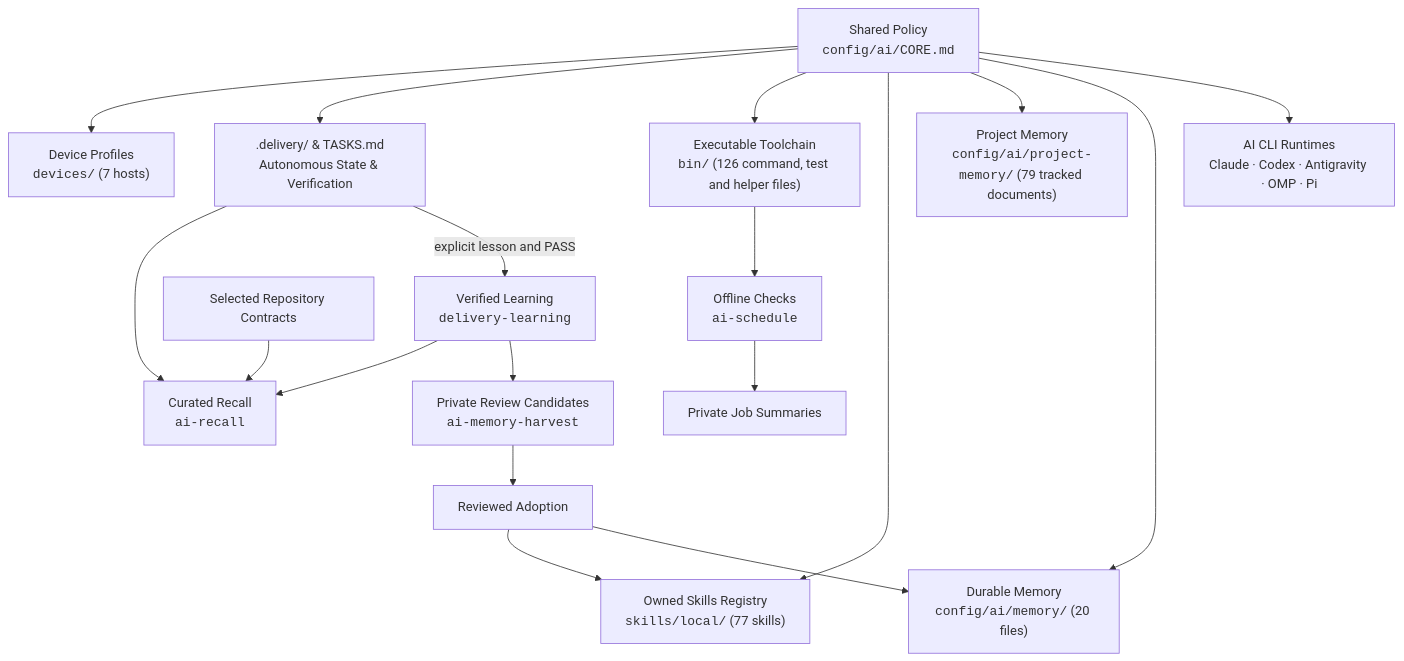
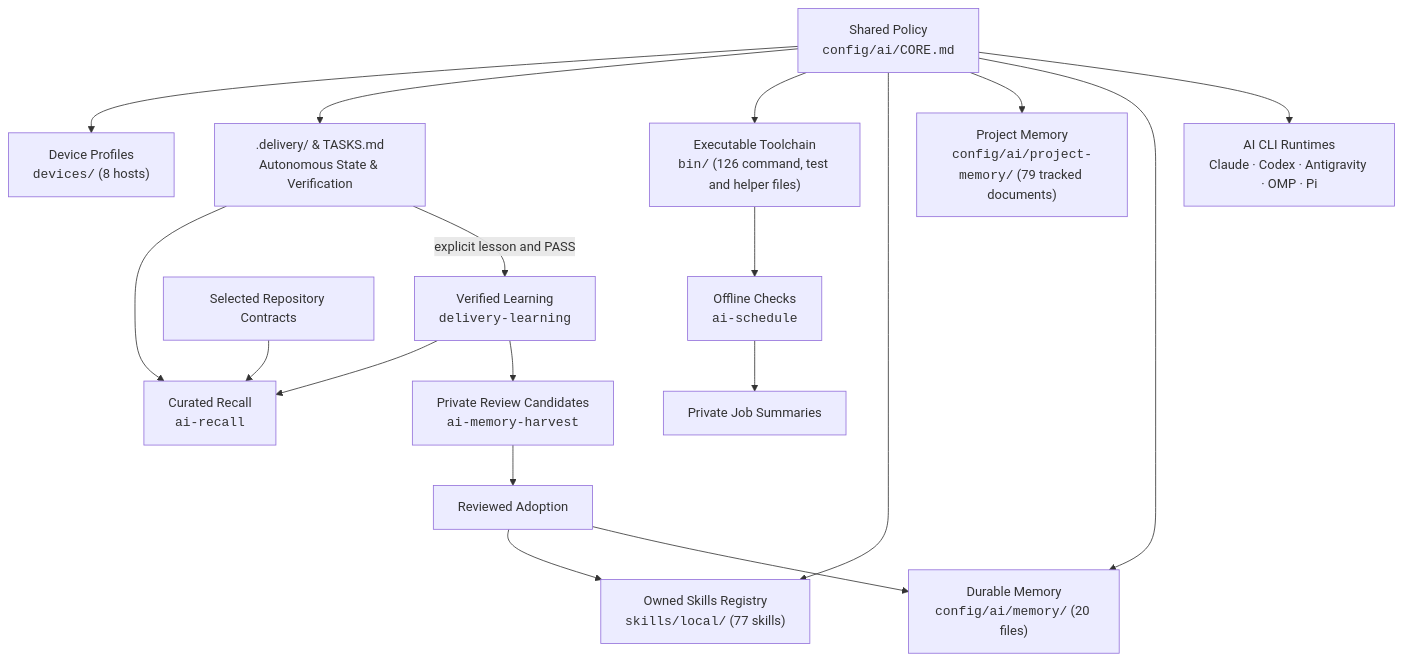
One commit to ongkipro/dotfiles changed the diagram in docs/DOTFILES_SITEMAP.md. Above: the diagram before and after it, drawn with Mermaid. The commit also changed other lines of this file and 17 other files, not shown here.

````diff
--- a/docs/DOTFILES_SITEMAP.md
+++ b/docs/DOTFILES_SITEMAP.md
@@ -12,20 +12,20 @@
 ```mermaid
 graph TD
     Kernel["Shared Policy<br/><code>config/ai/CORE.md</code>"] --> Runtimes["AI CLI Runtimes<br/>Claude · Codex · Antigravity · OMP · Pi"]
     Kernel --> Memory["Durable Memory<br/><code>config/ai/memory/</code> (20 files)"]
     Kernel --> ProjectMemory["Project Memory<br/><code>config/ai/project-memory/</code> (79 tracked documents)"]
     Kernel --> Skills["Owned Skills Registry<br/><code>skills/local/</code> (77 skills)"]
     Kernel --> Bin["Executable Toolchain<br/><code>bin/</code> (126 command, test and helper files)"]
     Kernel --> Ledger[".delivery/ & TASKS.md<br/>Autonomous State & Verification"]
-    Kernel --> Devices["Device Profiles<br/><code>devices/</code> (7 hosts)"]
+    Kernel --> Devices["Device Profiles<br/><code>devices/</code> (8 hosts)"]
     Ledger -->|"explicit lesson and PASS"| Learning["Verified Learning<br/><code>delivery-learning</code>"]
     Learning --> Candidates["Private Review Candidates<br/><code>ai-memory-harvest</code>"]
     Candidates --> Review["Reviewed Adoption"]
     Review --> Memory
     Review --> Skills
     Contracts["Selected Repository Contracts"] --> Recall["Curated Recall<br/><code>ai-recall</code>"]
     Ledger --> Recall
     Learning --> Recall
     Bin --> Schedule["Offline Checks<br/><code>ai-schedule</code>"]
     Schedule --> Reports["Private Job Summaries"]
 ```
````
